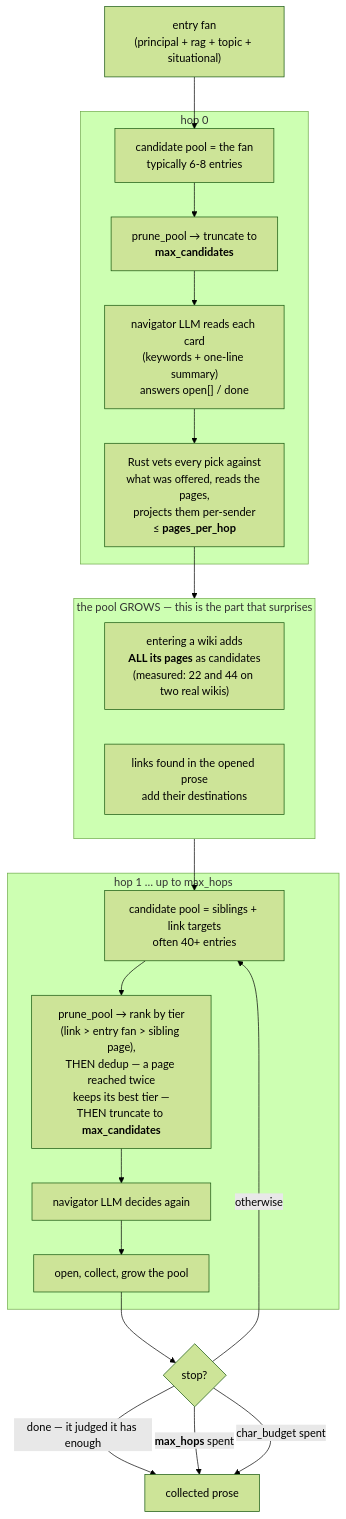
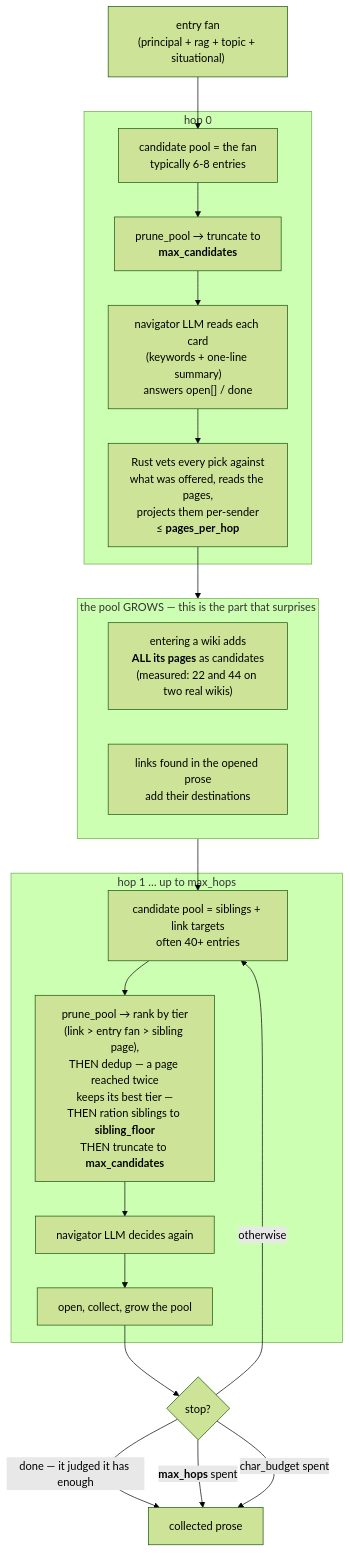
The second of 2 diagrams in docs/design-notes/recall-pipeline.md (Fr4nZ82/mwe-mcp), drawn with Mermaid (forest theme) before and after one commit. The commit also changed other lines of this file and 4 other files, not shown here.

````diff
--- a/docs/design-notes/recall-pipeline.md
+++ b/docs/design-notes/recall-pipeline.md
@@ -78,33 +78,33 @@
 ```mermaid
 flowchart TB
     FAN["entry fan<br/>(principal + rag + topic + situational)"] --> POOL0
 
     subgraph H0["hop 0"]
         POOL0["candidate pool = the fan<br/>typically 6-8 entries"]
         POOL0 --> PRUNE0["prune_pool → truncate to<br/><b>max_candidates</b>"]
         PRUNE0 --> LLM0["navigator LLM reads each card<br/>(keywords + one-line summary)<br/>answers open[] / done"]
         LLM0 --> OPEN0["Rust vets every pick against<br/>what was offered, reads the pages,<br/>projects them per-sender<br/>≤ <b>pages_per_hop</b>"]
     end
 
     OPEN0 --> GROW
 
     subgraph GROW["the pool GROWS — this is the part that surprises"]
         G1["entering a wiki adds<br/><b>ALL its pages</b> as candidates<br/>(measured: 22 and 44 on two real wikis)"]
         G2["links found in the opened prose<br/>add their destinations"]
     end
 
     GROW --> POOL1
 
     subgraph H1["hop 1 … up to max_hops"]
         POOL1["candidate pool = siblings + link targets<br/>often 40+ entries"]
-        POOL1 --> PRUNE1["prune_pool → rank by tier<br/>(link &gt; entry fan &gt; sibling page),<br/>THEN dedup — a page reached twice<br/>keeps its best tier —<br/>THEN truncate to <b>max_candidates</b>"]
+        POOL1 --> PRUNE1["prune_pool → rank by tier<br/>(link &gt; entry fan &gt; sibling page),<br/>THEN dedup — a page reached twice<br/>keeps its best tier —<br/>THEN ration siblings to <b>sibling_floor</b><br/>THEN truncate to <b>max_candidates</b>"]
         PRUNE1 --> LLM1["navigator LLM decides again"]
         LLM1 --> OPEN1["open, collect, grow the pool"]
     end
 
     OPEN1 --> STOP{"stop?"}
     STOP -->|"done — it judged it has enough"| OUT["collected prose"]
     STOP -->|"<b>max_hops</b> spent"| OUT
     STOP -->|"char_budget spent"| OUT
     STOP -->|"otherwise"| POOL1
 ```
````
